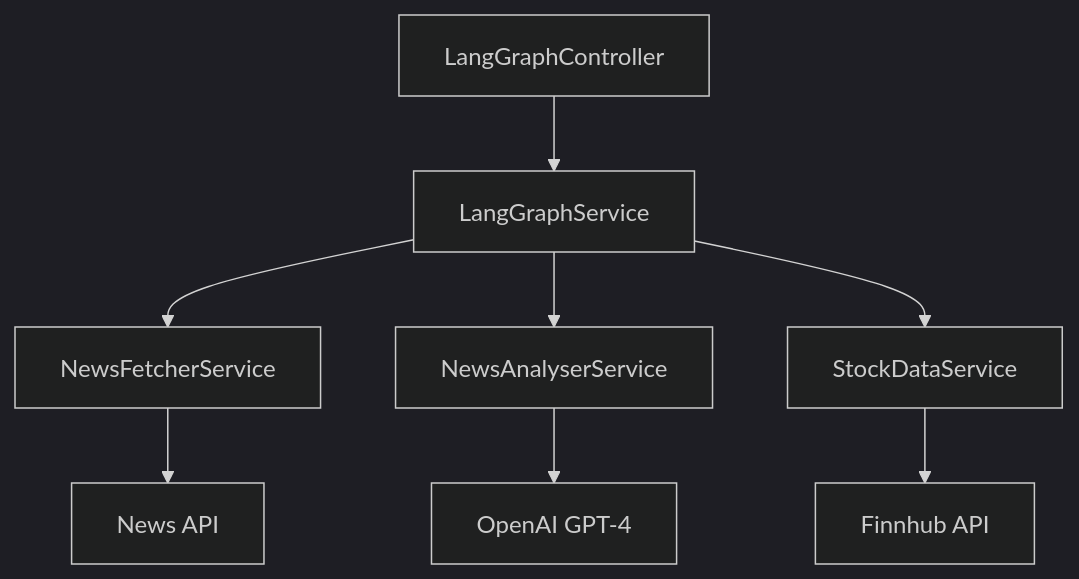
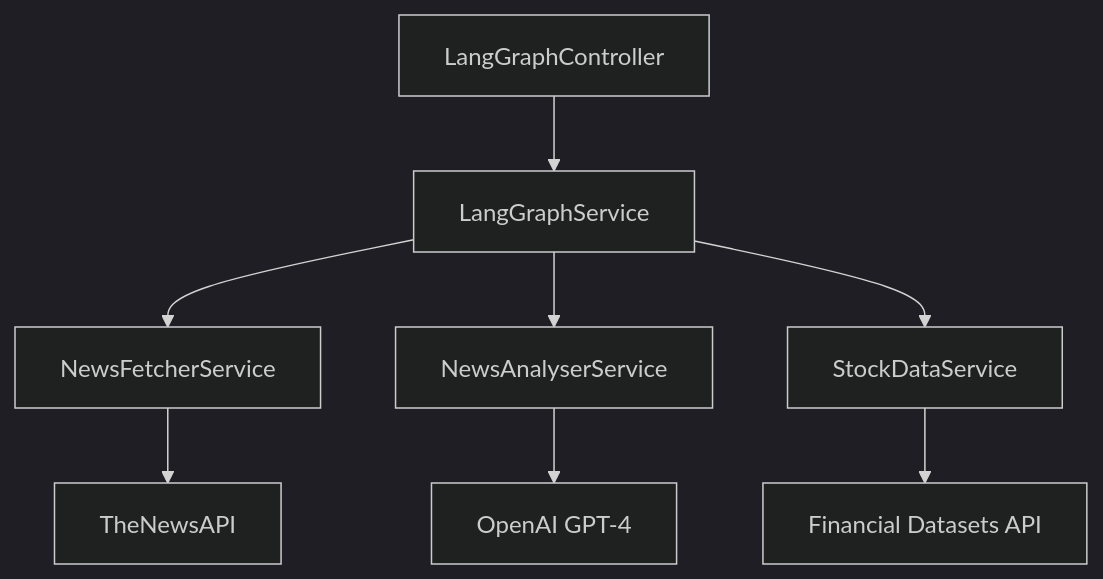
Before and after one commit to CambridgeMonorail/erisfy: the diagram in apps/server/src/modules/langgraph/README.md, drawn with Mermaid (dark theme). The commit also changed other lines of this file and 2 other files, not shown here.

First line of the commit message:
✨ news-fetcher: update news fetching logic and API integration

````diff
--- a/apps/server/src/modules/langgraph/README.md
+++ b/apps/server/src/modules/langgraph/README.md
@@ -11,10 +48,10 @@
 ```mermaid
 graph TD
     A[LangGraphController] --> B[LangGraphService]
     B --> C[NewsFetcherService]
     B --> D[NewsAnalyserService]
     B --> E[StockDataService]
-    C --> F[News API]
+    C --> F[TheNewsAPI]
     D --> G[OpenAI GPT-4]
-    E --> H[Finnhub API]
+    E --> H[Financial Datasets API]
 ```
````
